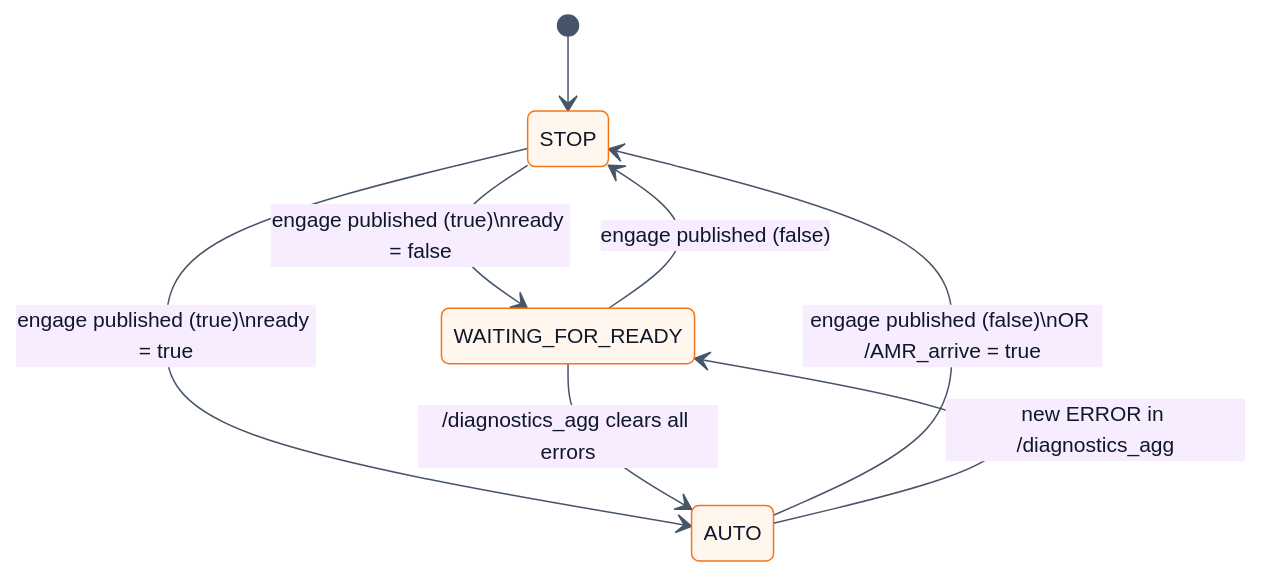
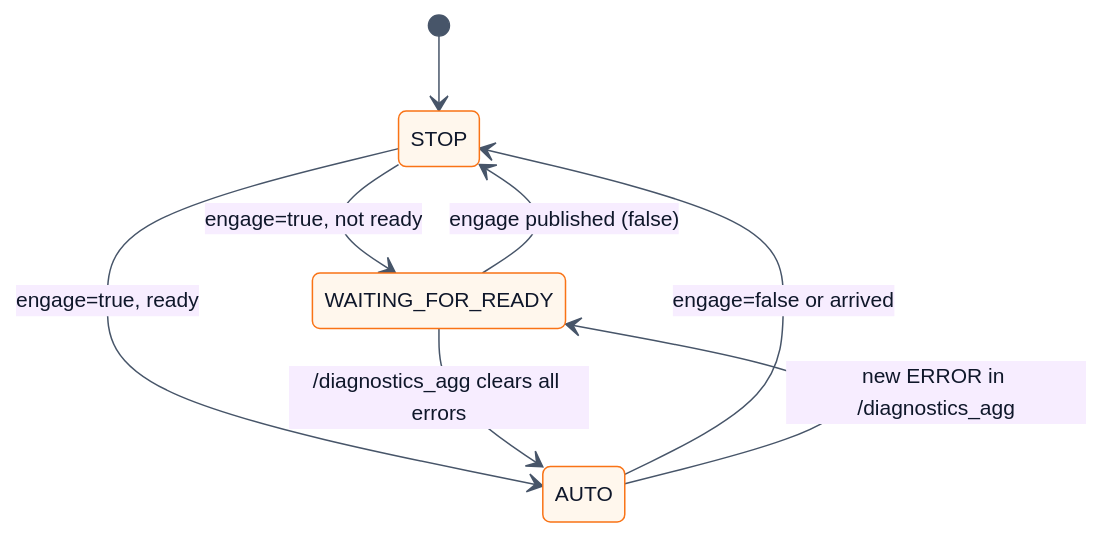
One commit to hwanhonglee/CAMROD changed the fourth of 5 diagrams in camrod_ui/README.md. Above: the diagram before and after it, drawn with Mermaid. The commit also changed other lines of this file and 11 other files, not shown here.

First line of the commit message:
docs: fix Mermaid syntax errors and reduce emoji overuse in all READMEs

````diff
--- a/camrod_ui/README.md
+++ b/camrod_ui/README.md
@@ -145,19 +145,19 @@
 ```mermaid
 %%{init: {'theme': 'base', 'themeVariables': {'fontFamily': 'ui-sans-serif, system-ui, sans-serif', 'fontSize': '14px', 'primaryColor': '#FFF7ED', 'primaryTextColor': '#0F172A', 'primaryBorderColor': '#F97316', 'lineColor': '#475569'}}}%%
 stateDiagram-v2
   classDef auto    fill:#ECFDF5,stroke:#10B981,stroke-width:2px,color:#047857
   classDef waiting fill:#FEF9C3,stroke:#CA8A04,stroke-width:2px,color:#713F12
   classDef stop    fill:#FEE2E2,stroke:#EF4444,stroke-width:2px,color:#B91C1C
 
   [*] --> STOP
-  STOP --> WAITING_FOR_READY : engage published (true)\nready = false
-  STOP --> AUTO : engage published (true)\nready = true
+  STOP --> WAITING_FOR_READY : engage=true, not ready
+  STOP --> AUTO : engage=true, ready
   WAITING_FOR_READY --> AUTO : /diagnostics_agg clears all errors
   WAITING_FOR_READY --> STOP : engage published (false)
-  AUTO --> STOP : engage published (false)\nOR /AMR_arrive = true
+  AUTO --> STOP : engage=false or arrived
   AUTO --> WAITING_FOR_READY : new ERROR in /diagnostics_agg
 
   AUTO:::auto
   WAITING_FOR_READY:::waiting
   STOP:::stop
 ```
````
